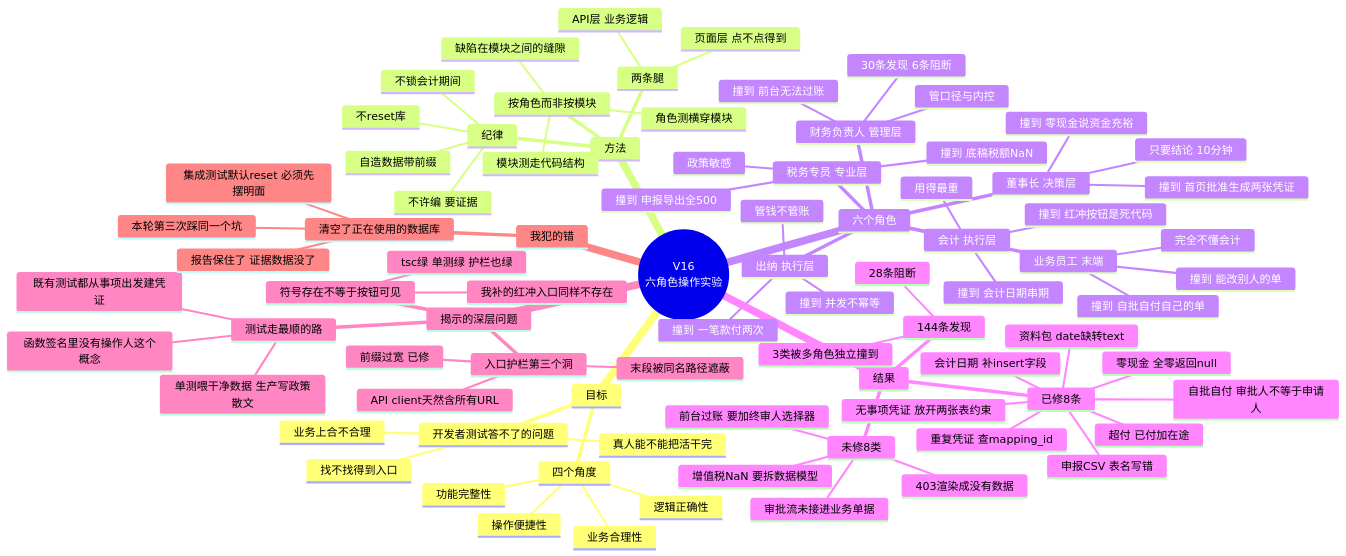
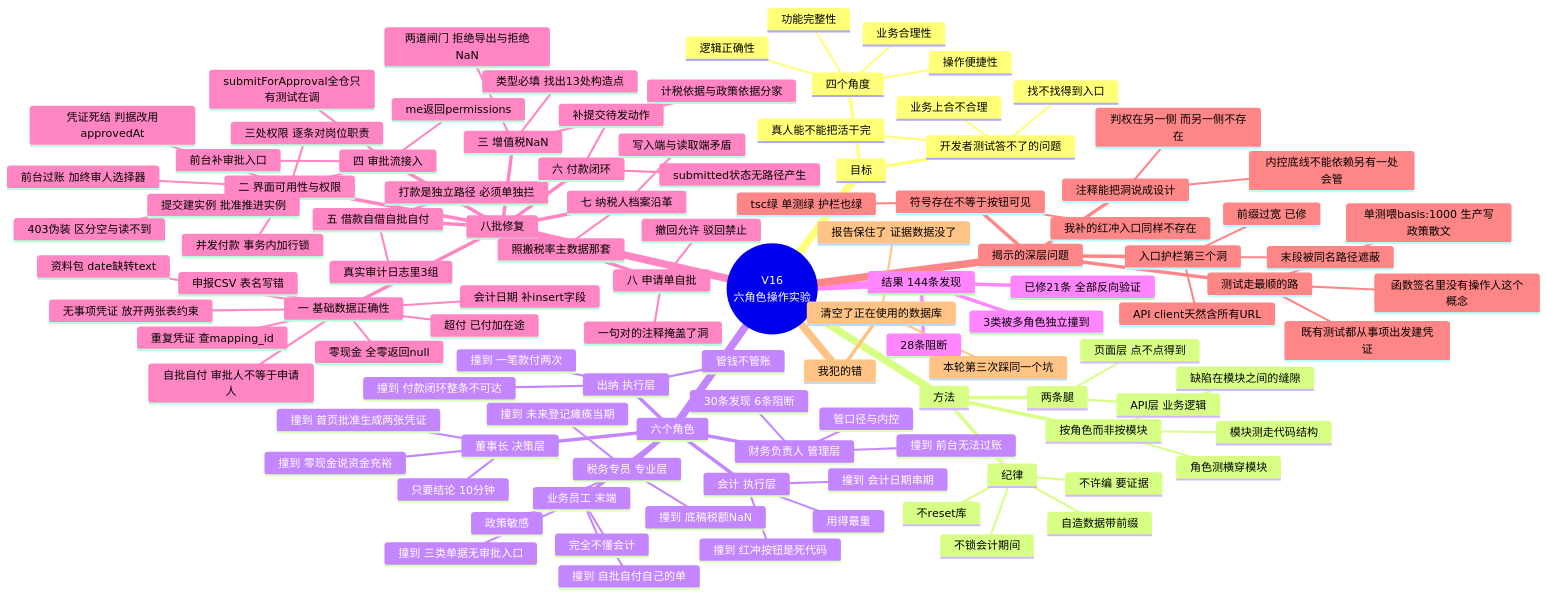
Before and after one commit to lsgoodlionel/finance-taxation: the first of 2 diagrams in docs/v16-role-simulation/MINDMAP.md, drawn with Mermaid. The commit also changed other lines of this file and 5 other files, not shown here.

````diff
--- a/docs/v16-role-simulation/MINDMAP.md
+++ b/docs/v16-role-simulation/MINDMAP.md
@@ -42,20 +42,21 @@
       出纳 执行层
         管钱不管账
         撞到 一笔款付两次
-        撞到 并发不幂等
+        撞到 付款闭环整条不可达
       税务专员 专业层
         政策敏感
         撞到 底稿税额NaN
-        撞到 申报导出全500
+        撞到 未来登记瘫痪当期
       业务员工 末端
         完全不懂会计
         撞到 自批自付自己的单
-        撞到 能改别人的单
-    结果
-      144条发现
-        28条阻断
-        3类被多角色独立撞到
-      已修8条
+        撞到 三类单据无审批入口
+    结果 144条发现
+      28条阻断
+      3类被多角色独立撞到
+      已修21条 全部反向验证
+    八批修复
+      一 基础数据正确性
         重复凭证 查mapping_id
         会计日期 补insert字段
         无事项凭证 放开两张表约束
@@ -64,11 +65,33 @@
         自批自付 审批人不等于申请人
         申报CSV 表名写错
         资料包 date缺转text
-      未修8类
-        增值税NaN 要拆数据模型
-        前台过账 要加终审人选择器
-        审批流未接进业务单据
-        403渲染成没有数据
+      二 界面可用性与权限
+        前台过账 加终审人选择器
+        凭证死结 判据改用approvedAt
+        403伪装 区分空与读不到
+        并发付款 事务内加行锁
+        三处权限 逐条对岗位职责
+      三 增值税NaN
+        计税依据与政策依据分家
+        类型必填 找出13处构造点
+        两道闸门 拒绝导出与拒绝NaN
+      四 审批流接入
+        submitForApproval全仓只有测试在调
+        提交建实例 批准推进实例
+        前台补审批入口
+        me返回permissions
+      五 借款自借自批自付
+        真实审计日志里3组
+        打款是独立路径 必须单独拦
+      六 付款闭环
+        submitted状态无路径产生
+        补提交待发动作
+      七 纳税人档案沿革
+        写入端与读取端矛盾
+        照搬税率主数据那套
+      八 申请单自批
+        一句对的注释掩盖了洞
+        撤回允许 驳回禁止
     揭示的深层问题
       符号存在不等于按钮可见
         我补的红冲入口同样不存在
@@ -79,11 +102,13 @@
         API client天然含所有URL
       测试走最顺的路
         既有测试都从事项出发建凭证
-        单测喂干净数据 生产写政策散文
+        单测喂basis:1000 生产写政策散文
         函数签名里没有操作人这个概念
+      注释能把洞说成设计
+        判权在另一侧 而另一侧不存在
+        内控底线不能依赖另有一处会管
     我犯的错
       清空了正在使用的数据库
         本轮第三次踩同一个坑
         报告保住了 证据数据没了
-        集成测试默认reset 必须先摆明面
 ```
````
